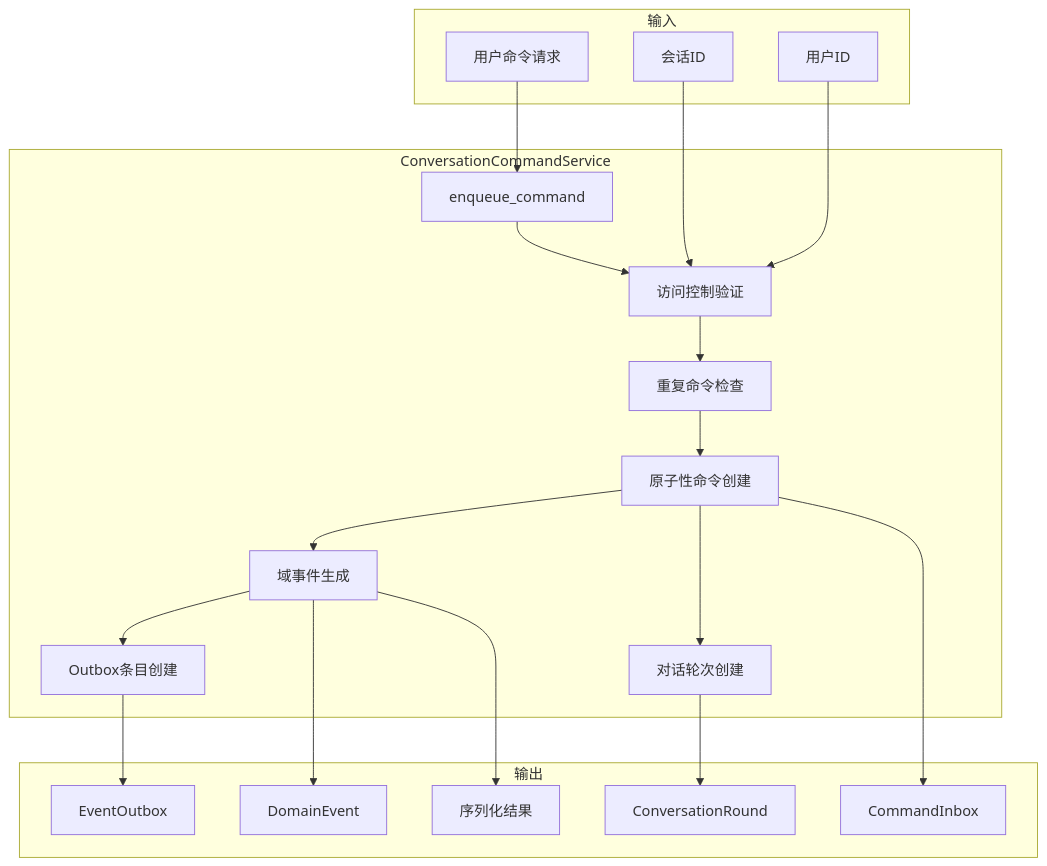
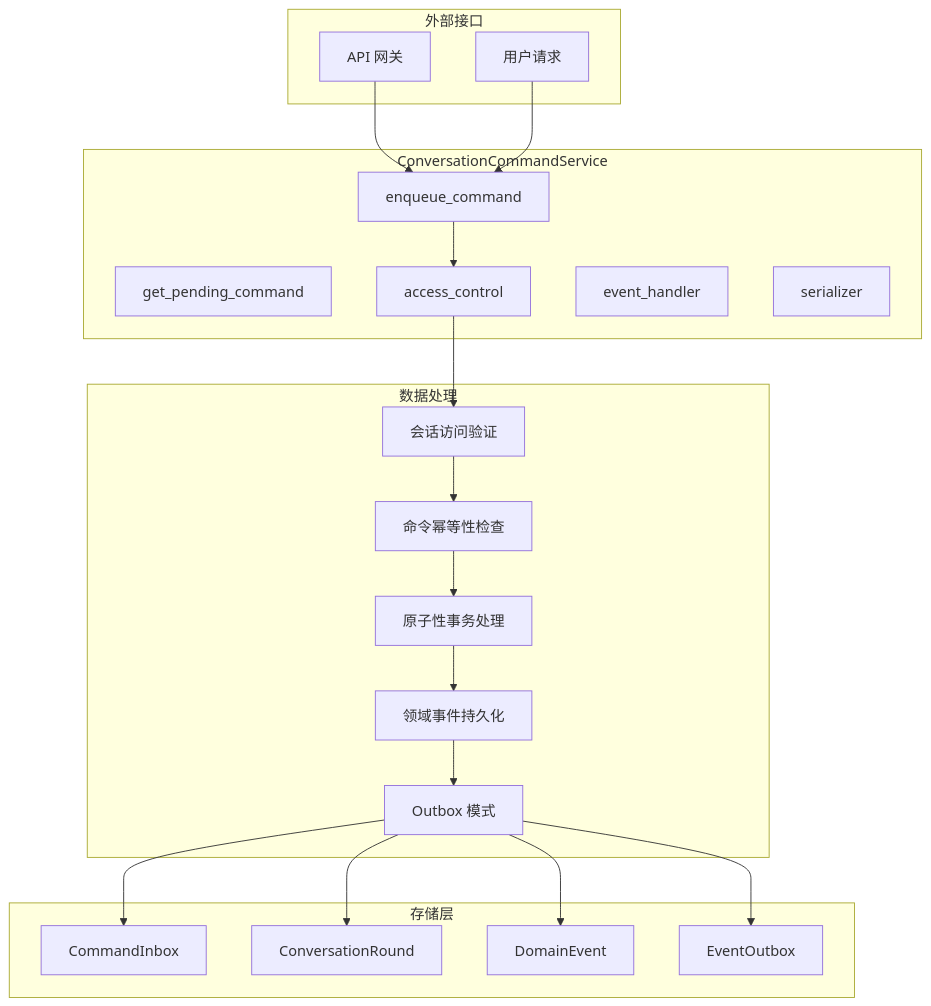
One commit to zhiyue/infinite-scribe changed the first of 9 diagrams in apps/backend/src/common/services/conversation/README.md. Above: the diagram before and after it, drawn with Mermaid. The commit also changed other lines of this file and 1 other file, not shown here.

````diff
--- a/apps/backend/src/common/services/conversation/README.md
+++ b/apps/backend/src/common/services/conversation/README.md
@@ -19,41 +16,43 @@
 ```mermaid
 graph TB
-    subgraph "输入"
-        A[用户命令请求]
-        B[会话ID]
-        C[用户ID]
+    subgraph "外部接口"
+        A[API 网关]
+        B[用户请求]
     end
     
     subgraph "ConversationCommandService"
-        D[enqueue_command]
-        E[访问控制验证]
-        F[重复命令检查]
-        G[原子性命令创建]
-        H[域事件生成]
-        I[Outbox条目创建]
-        J[对话轮次创建]
+        C[enqueue_command]
+        D[get_pending_command]
+        E[access_control]
+        F[event_handler]
+        G[serializer]
     end
     
-    subgraph "输出"
-        K[CommandInbox]
-        L[DomainEvent]
-        M[EventOutbox]
-        N[ConversationRound]
-        O[序列化结果]
+    subgraph "数据处理"
+        H[会话访问验证]
+        I[命令幂等性检查]
+        J[原子性事务处理]
+        K[领域事件持久化]
+        L[Outbox 模式]
     end
     
-    A --> D
-    B --> E
+    subgraph "存储层"
+        M[CommandInbox]
+        N[ConversationRound]
+        O[DomainEvent]
+        P[EventOutbox]
+    end
+    
+    A --> C
+    B --> C
     C --> E
-    D --> E
-    E --> F
-    F --> G
-    G --> H
-    G --> J
+    E --> H
     H --> I
-    G --> K
-    H --> L
-    I --> M
-    J --> N
-    H --> O
+    I --> J
+    J --> K
+    K --> L
+    L --> M
+    L --> N
+    L --> O
+    L --> P
 ```
````
